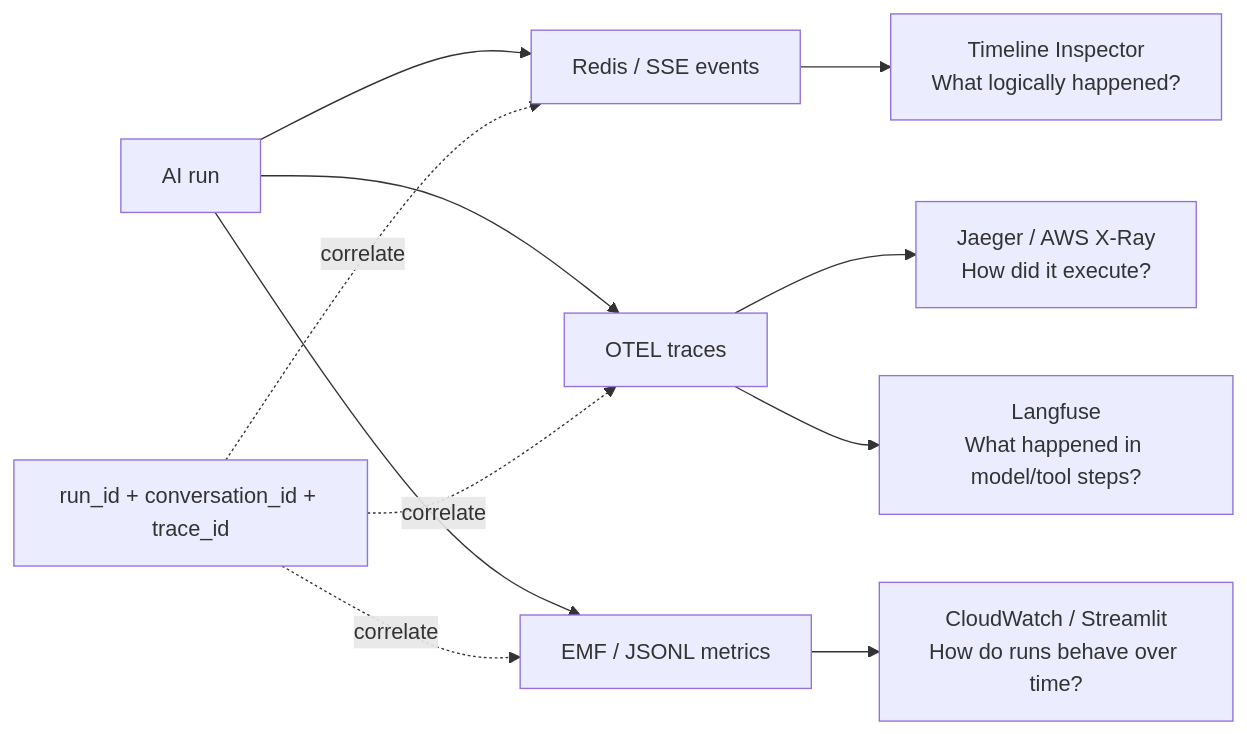
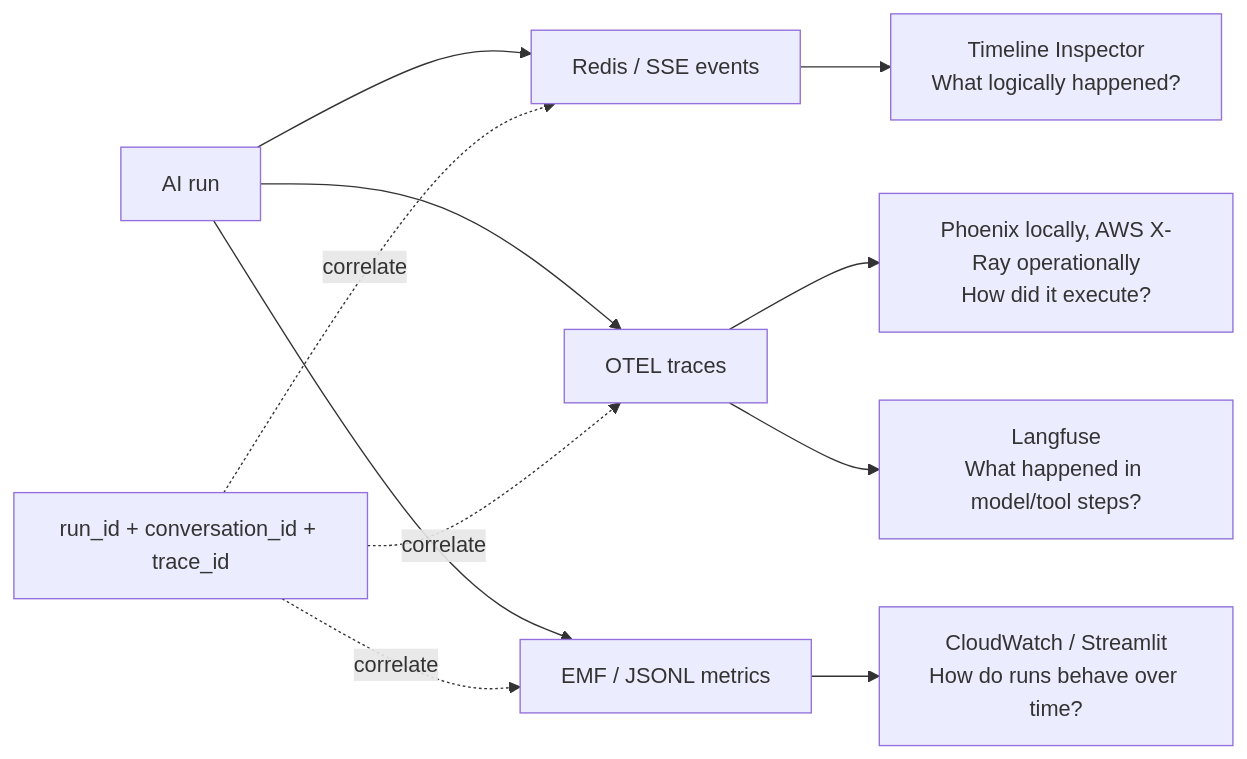
Before and after one commit to NakulManchanda/ai-analytics-poc: the first of 3 diagrams in docs/decisions/0007-telemetry-metrics-comparison-architecture.md, drawn with Mermaid. The commit also changed other lines of this file and 21 other files, not shown here.

First line of the commit message:
feat(observability): Phoenix as the single local trace UI; Jaeger moves to an opt-in overlay (#221) (#222)

````diff
--- a/docs/decisions/0007-telemetry-metrics-comparison-architecture.md
+++ b/docs/decisions/0007-telemetry-metrics-comparison-architecture.md
@@ -64,15 +64,15 @@
 ```mermaid
 flowchart LR
     Run[AI run] --> Events[Redis / SSE events]
     Run --> Traces[OTEL traces]
     Run --> Metrics[EMF / JSONL metrics]
 
     Events --> Timeline[Timeline Inspector<br/>What logically happened?]
-    Traces --> Ops[Jaeger / AWS X-Ray<br/>How did it execute?]
+    Traces --> Ops[Phoenix locally, AWS X-Ray operationally<br/>How did it execute?]
     Traces --> AI[Langfuse<br/>What happened in model/tool steps?]
     Metrics --> Fleet[CloudWatch / Streamlit<br/>How do runs behave over time?]
 
     IDs[run_id + conversation_id + trace_id] -. correlate .-> Events
     IDs -. correlate .-> Traces
     IDs -. correlate .-> Metrics
 ```
````
